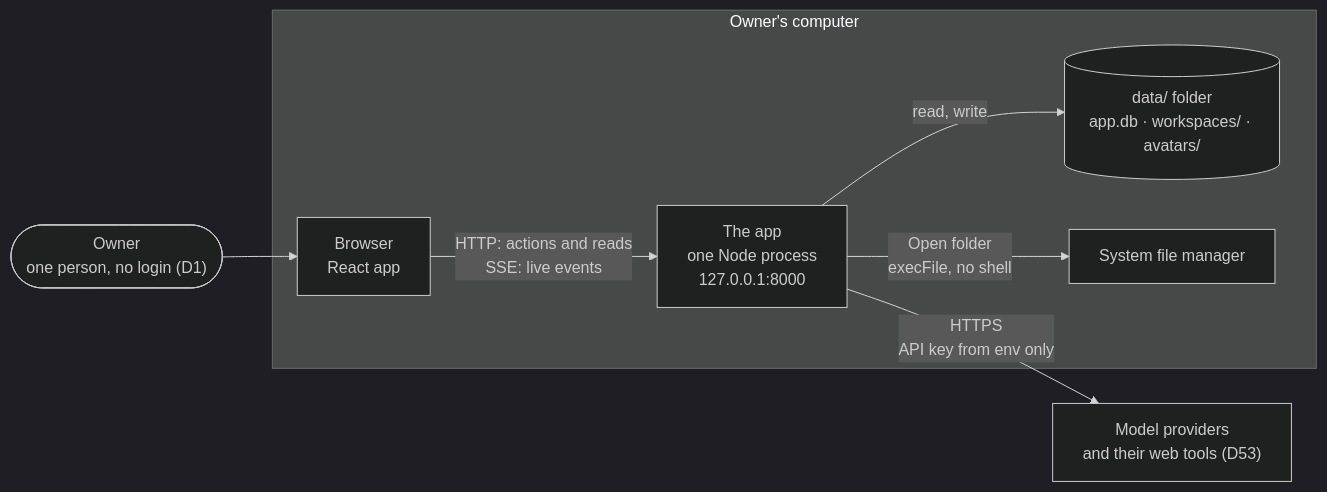
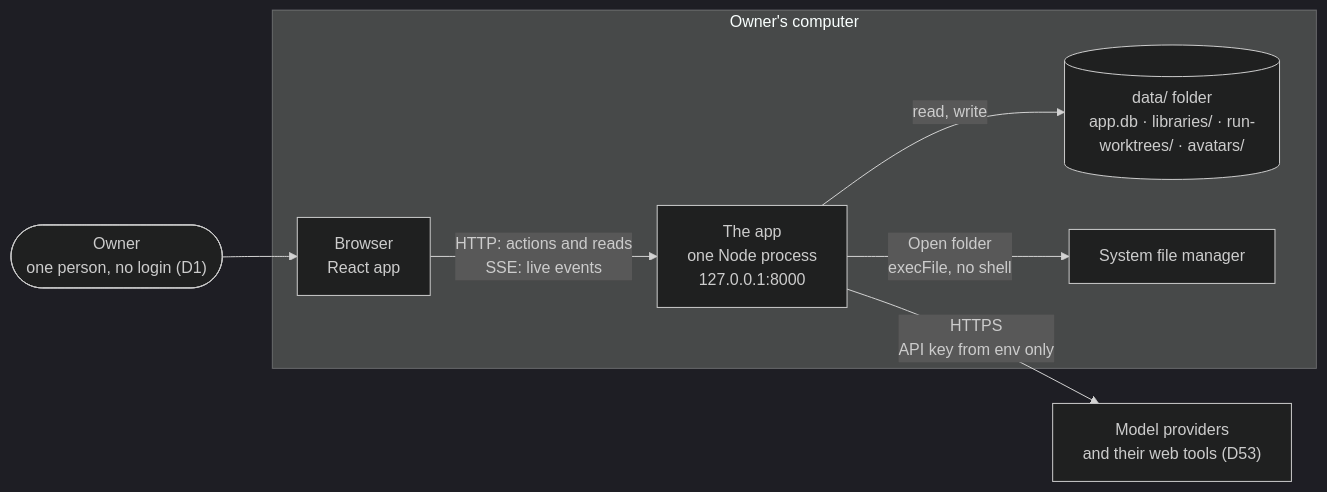
The first of 4 diagrams in docs/architecture.md (binhle312/cty1ng), drawn with Mermaid (dark theme) before and after one commit. The commit also changed other lines of this file and 3 other files, not shown here.

````diff
--- a/docs/architecture.md
+++ b/docs/architecture.md
@@ -14,16 +14,16 @@
 ```mermaid
 flowchart LR
   owner(["Owner<br/>one person, no login (D1)"])
   subgraph pc["Owner's computer"]
     browser["Browser<br/>React app"]
     app["The app<br/>one Node process<br/>127.0.0.1:8000"]
-    data[("data/ folder<br/>app.db · workspaces/ · avatars/")]
+    data[("data/ folder<br/>app.db · libraries/ · run-worktrees/ · avatars/")]
     fm["System file manager"]
   end
   providers["Model providers<br/>and their web tools (D53)"]
   owner --> browser
   browser -- "HTTP: actions and reads<br/>SSE: live events" --> app
   app -- "read, write" --> data
   app -- "Open folder<br/>execFile, no shell" --> fm
   app -- "HTTPS<br/>API key from env only" --> providers
 ```
````
